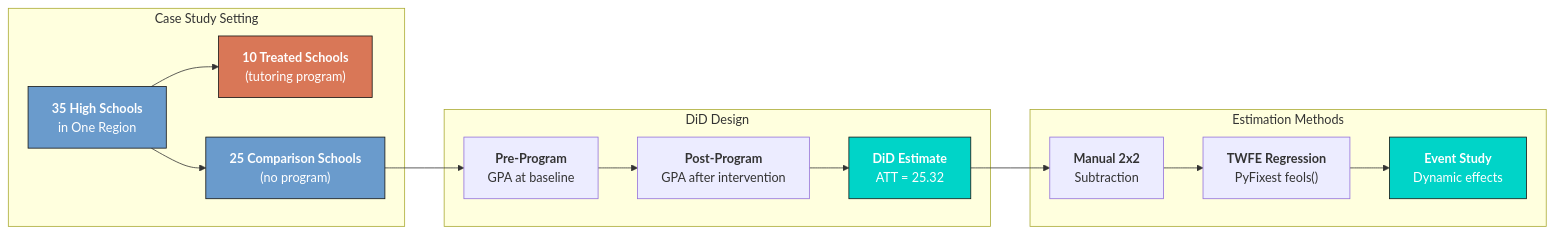
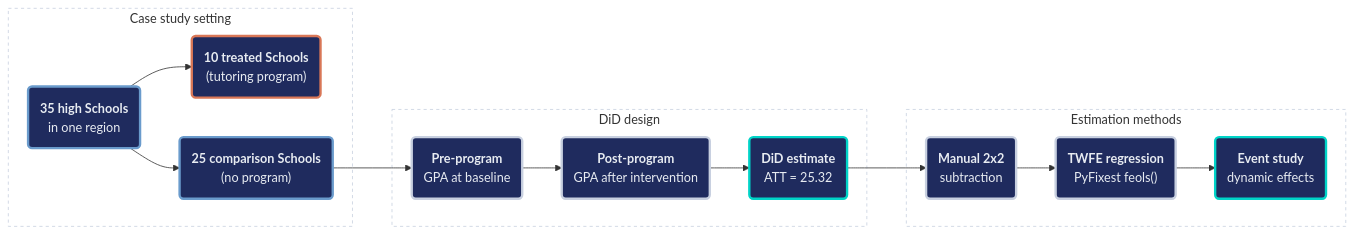
Before and after one commit to cmg777/starter-academic-v501: the diagram in content/post/python_did101/references/tutorial.qmd, drawn with Mermaid. The commit also changed other lines of this file and 42 other files, not shown here.

First line of the commit message:
content(mermaid): restyle Mermaid copies in tutorial sources and the LaLonde slide deck

````diff
--- a/content/post/python_did101/references/tutorial.qmd
+++ b/content/post/python_did101/references/tutorial.qmd
@@ -100,33 +100,38 @@
 ```{mermaid}
 graph LR
-    subgraph "Case Study Setting"
-    A["<b>35 High Schools</b><br/>in One Region"]
-    B["<b>10 Treated Schools</b><br/>(tutoring program)"]
-    C["<b>25 Comparison Schools</b><br/>(no program)"]
+    subgraph SG1["Case study setting"]
+    A("<b>35 high Schools</b><br/>in one region")
+    B("<b>10 treated Schools</b><br/>(tutoring program)")
+    C("<b>25 comparison Schools</b><br/>(no program)")
     A --> B
     A --> C
     end
 
-    subgraph "DiD Design"
-    D["<b>Pre-Program</b><br/>GPA at baseline"]
-    E["<b>Post-Program</b><br/>GPA after intervention"]
-    F["<b>DiD Estimate</b><br/>ATT = 25.32"]
+    subgraph SG2["DiD design"]
+    D("<b>Pre-program</b><br/>GPA at baseline")
+    E("<b>Post-program</b><br/>GPA after intervention")
+    F("<b>DiD estimate</b><br/>ATT = 25.32")
     D --> E --> F
     end
 
-    subgraph "Estimation Methods"
-    G["<b>Manual 2x2</b><br/>Subtraction"]
-    H["<b>TWFE Regression</b><br/>PyFixest feols()"]
-    I["<b>Event Study</b><br/>Dynamic effects"]
+    subgraph SG3["Estimation methods"]
+    G("<b>Manual 2x2</b><br/>subtraction")
+    H("<b>TWFE regression</b><br/>PyFixest feols()")
+    I("<b>Event study</b><br/>dynamic effects")
     G --> H --> I
     end
 
     C --> D
     F --> G
-
-    style A fill:#6a9bcc,stroke:#141413,color:#fff
-    style B fill:#d97757,stroke:#141413,color:#fff
-    style C fill:#6a9bcc,stroke:#141413,color:#fff
-    style F fill:#00d4c8,stroke:#141413,color:#fff
-    style I fill:#00d4c8,stroke:#141413,color:#fff
+    style SG1 fill:none,stroke:#c8d0e0,stroke-width:1px,stroke-dasharray:4 4
+    style SG2 fill:none,stroke:#c8d0e0,stroke-width:1px,stroke-dasharray:4 4
+    style SG3 fill:none,stroke:#c8d0e0,stroke-width:1px,stroke-dasharray:4 4
+    classDef blue fill:#1f2b5e,stroke:#6a9bcc,stroke-width:3px,color:#e8ecf2
+    classDef orange fill:#1f2b5e,stroke:#d97757,stroke-width:3px,color:#e8ecf2
+    classDef gray fill:#1f2b5e,stroke:#c8d0e0,stroke-width:3px,color:#e8ecf2
+    classDef teal fill:#1f2b5e,stroke:#00d4c8,stroke-width:3px,color:#e8ecf2
+    class A,C blue
+    class B orange
+    class D,E,G,H gray
+    class F,I teal
 ```
````
